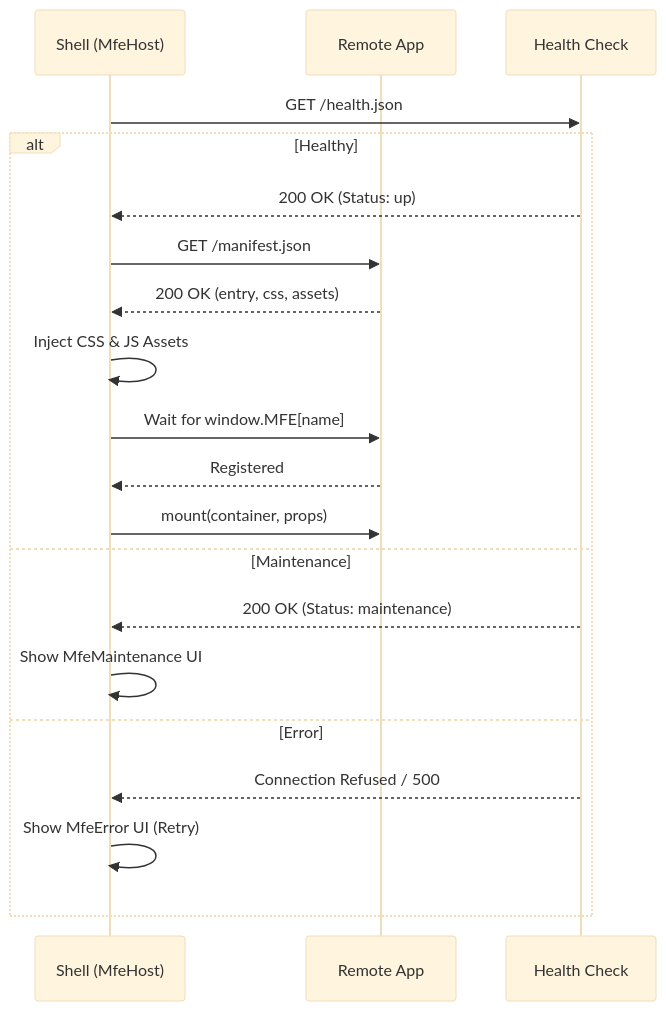
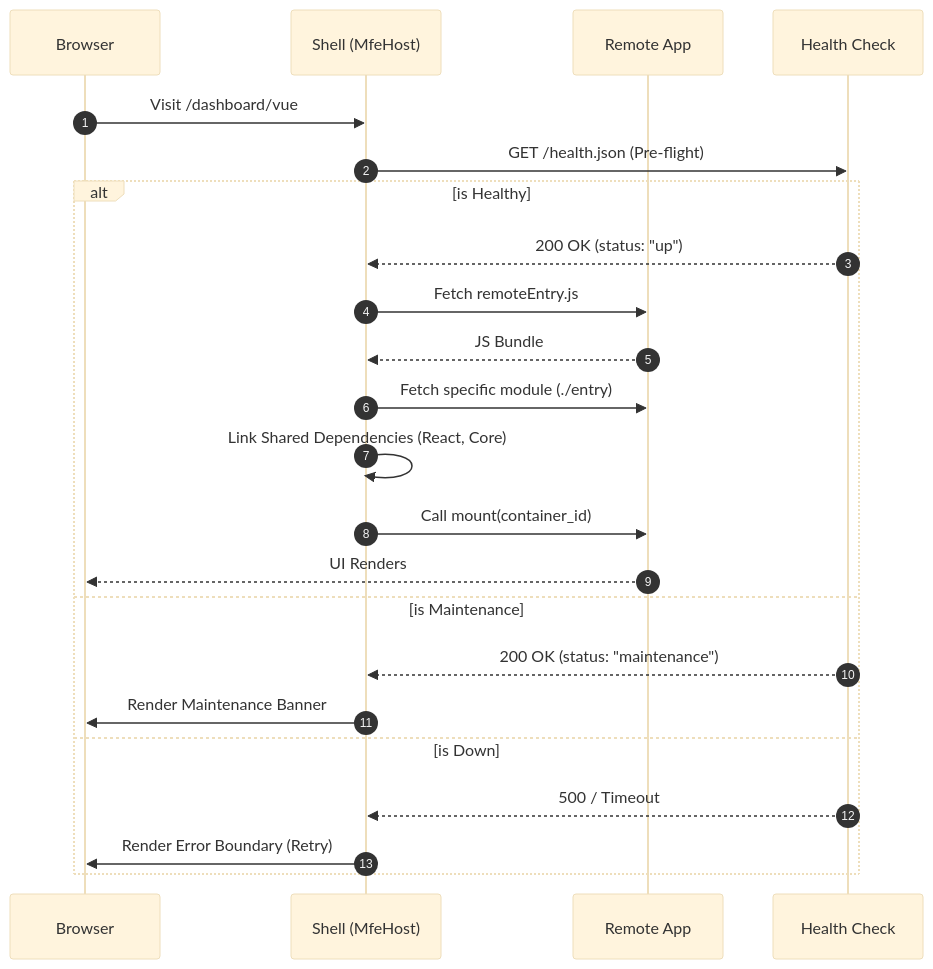
One commit to tian972k/micro-fontend-base changed the second of 5 diagrams in docs/TECHNICAL_OVERVIEW.md. Above: the diagram before and after it, drawn with Mermaid (base theme). The commit also changed other lines of this file and 5 other files, not shown here.

First line of the commit message:
docs: extensive update with illustrative diagrams and environment examples

````diff
--- a/docs/TECHNICAL_OVERVIEW.md
+++ b/docs/TECHNICAL_OVERVIEW.md
@@ -9,23 +38,27 @@
 ```mermaid
 sequenceDiagram
-    participant S as Shell (MfeHost)
-    participant R as Remote App
-    participant H as Health Check
+    autonumber
+    participant Browser
+    participant Shell as Shell (MfeHost)
+    participant Remote as Remote App
+    participant Health as Health Check
 
-    S->>H: GET /health.json
-    alt Healthy
-        H-->>S: 200 OK (Status: up)
-        S->>R: GET /manifest.json
-        R-->>S: 200 OK (entry, css, assets)
-        S->>S: Inject CSS & JS Assets
-        S->>R: Wait for window.MFE[name]
-        R-->>S: Registered
-        S->>R: mount(container, props)
-    else Maintenance
-        H-->>S: 200 OK (Status: maintenance)
-        S->>S: Show MfeMaintenance UI
-    else Error
-        H-->>S: Connection Refused / 500
-        S->>S: Show MfeError UI (Retry)
+    Browser->>Shell: Visit /dashboard/vue
+    Shell->>Health: GET /health.json (Pre-flight)
+
+    alt is Healthy
+        Health-->>Shell: 200 OK (status: "up")
+        Shell->>Remote: Fetch remoteEntry.js
+        Remote-->>Shell: JS Bundle
+        Shell->>Remote: Fetch specific module (./entry)
+        Shell->>Shell: Link Shared Dependencies (React, Core)
+        Shell->>Remote: Call mount(container_id)
+        Remote-->>Browser: UI Renders
+    else is Maintenance
+        Health-->>Shell: 200 OK (status: "maintenance")
+        Shell->>Browser: Render Maintenance Banner
+    else is Down
+        Health-->>Shell: 500 / Timeout
+        Shell->>Browser: Render Error Boundary (Retry)
     end
 ```
````
